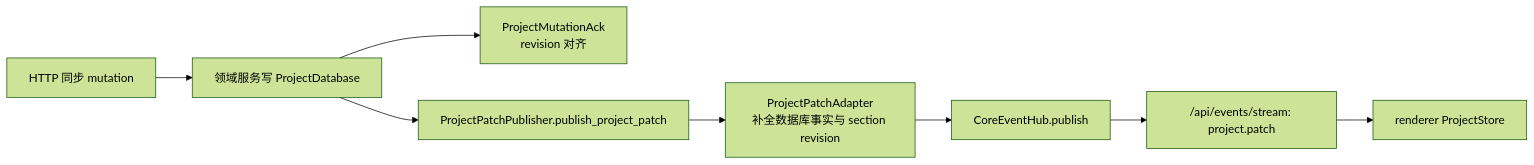
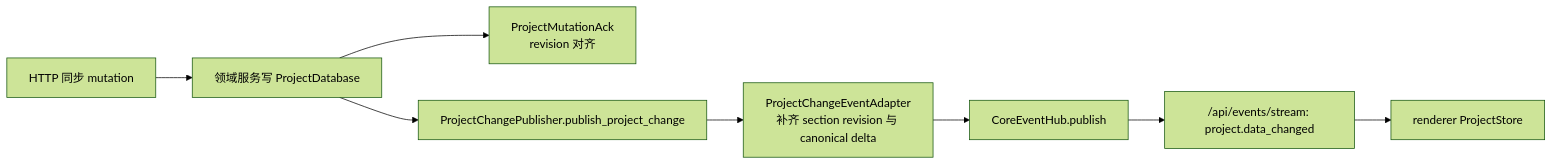
The diagram in docs/BACKEND.md (neavo/LinguaGacha), drawn with Mermaid (forest theme) before and after one commit. The commit also changed other lines of this file and 106 other files, not shown here.

````diff
--- a/docs/BACKEND.md
+++ b/docs/BACKEND.md
@@ -49,10 +46,10 @@
 ```mermaid
 flowchart LR
   A["HTTP 同步 mutation"] --> B["领域服务写 ProjectDatabase"]
   B --> C["ProjectMutationAck<br/>revision 对齐"]
-  B --> D["ProjectPatchPublisher.publish_project_patch"]
-  D --> E["ProjectPatchAdapter<br/>补全数据库事实与 section revision"]
+  B --> D["ProjectChangePublisher.publish_project_change"]
+  D --> E["ProjectChangeEventAdapter<br/>补齐 section revision 与 canonical delta"]
   E --> F["CoreEventHub.publish"]
-  F --> G["/api/events/stream: project.patch"]
+  F --> G["/api/events/stream: project.data_changed"]
   G --> H["renderer ProjectStore"]
 ```
````
